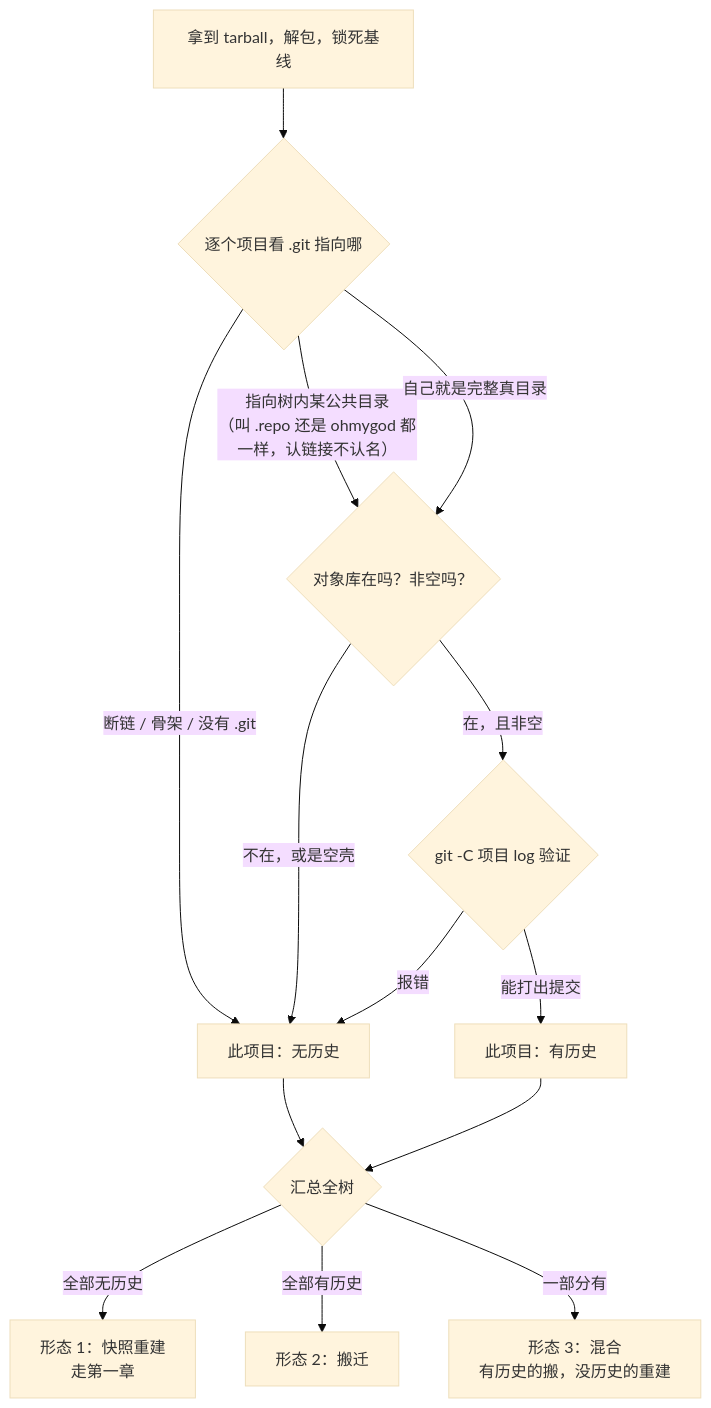
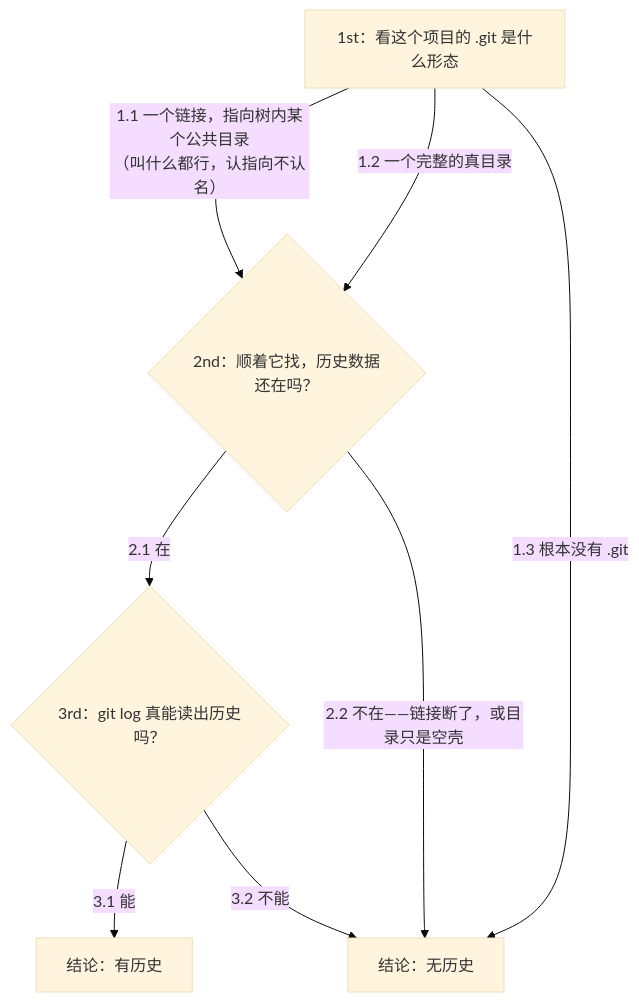
One commit to potterwhite/SalvageOfSDK changed the second of 2 diagrams in README.md. Above: the diagram before and after it, drawn with Mermaid (base theme). The commit also changed other lines of this file, not shown here.

First line of the commit message:
docs: split chapter 2 flowchart into two layers with step ordinals

````diff
--- a/README.md
+++ b/README.md
@@ -334,16 +347,10 @@
 ```mermaid
 flowchart TD
-    A["拿到 tarball，解包，锁死基线"] --> B{"逐个项目看 .git 指向哪"}
-    B -->|"指向树内某公共目录<br>（叫 .repo 还是 ohmygod 都一样，认链接不认名）"| C{"对象库在吗？非空吗？"}
-    B -->|"自己就是完整真目录"| C
-    B -->|"断链 / 骨架 / 没有 .git"| D["此项目：无历史"]
-    C -->|"在，且非空"| E{"git -C 项目 log 验证"}
-    C -->|"不在，或是空壳"| D
-    E -->|"能打出提交"| F["此项目：有历史"]
-    E -->|"报错"| D
-    D --> G{"汇总全树"}
-    F --> G
-    G -->|"全部无历史"| H["形态 1：快照重建<br>走第一章"]
-    G -->|"全部有历史"| I["形态 2：搬迁"]
-    G -->|"一部分有"| J["形态 3：混合<br>有历史的搬，没历史的重建"]
+    A["1st：看这个项目的 .git 是什么形态"] -->|"1.1 一个链接，指向树内某个公共目录<br>（叫什么都行，认指向不认名）"| B{"2nd：顺着它找，历史数据还在吗？"}
+    A -->|"1.2 一个完整的真目录"| B
+    A -->|"1.3 根本没有 .git"| C["结论：无历史"]
+    B -->|"2.1 在"| D{"3rd：git log 真能读出历史吗？"}
+    B -->|"2.2 不在——链接断了，或目录只是空壳"| C
+    D -->|"3.1 能"| E["结论：有历史"]
+    D -->|"3.2 不能"| C
 ```
````
